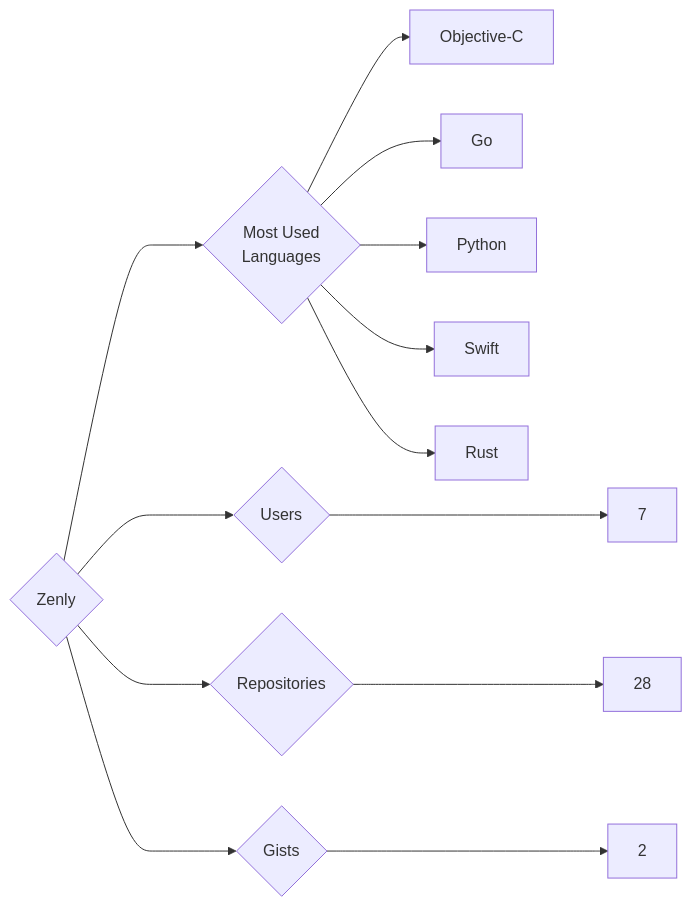
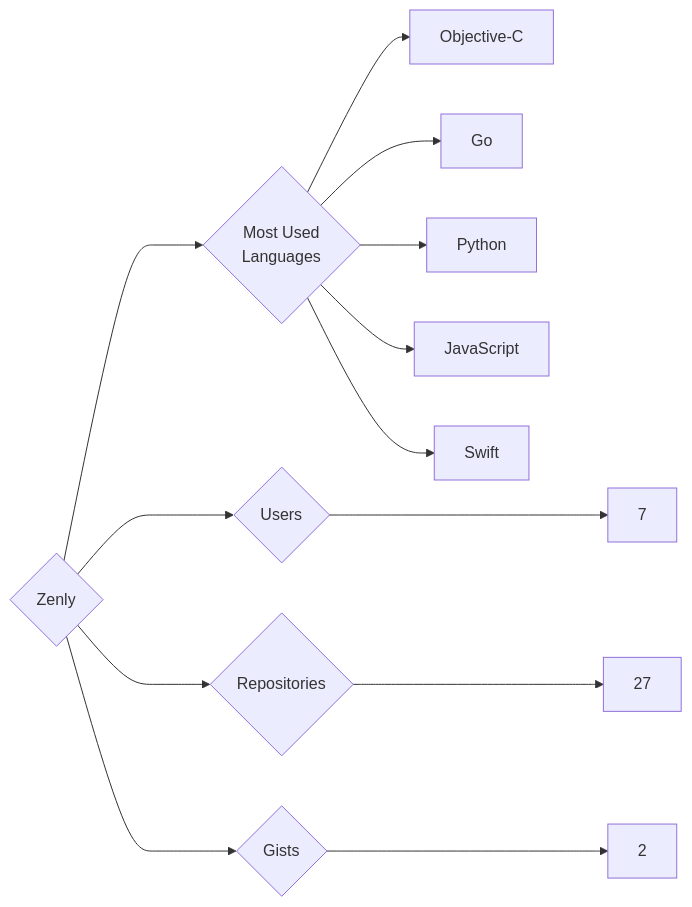
One commit to trickest/insiders changed the diagram in targets/Zenly/README.md. Above: the diagram before and after it, drawn with Mermaid. The commit also changed 877 other files, not shown here.

````diff
--- a/targets/Zenly/README.md
+++ b/targets/Zenly/README.md
@@ -3,13 +3,13 @@
 ```mermaid
 graph LR
 COMPANY_NAME{Zenly}
 COMPANY_NAME ---> U{Users} ---> UN[7]
-COMPANY_NAME ---> R{Repositories} ---> RN[28]
+COMPANY_NAME ---> R{Repositories} ---> RN[27]
 COMPANY_NAME ---> G{Gists} ---> GN[2]
 COMPANY_NAME ---> ML{Most Used<br>Languages}
 ML --> Objective-C[Objective-C]
 ML --> Go[Go]
 ML --> Python[Python]
+ML --> JavaScript[JavaScript]
 ML --> Swift[Swift]
-ML --> Rust[Rust]
 ```
````
